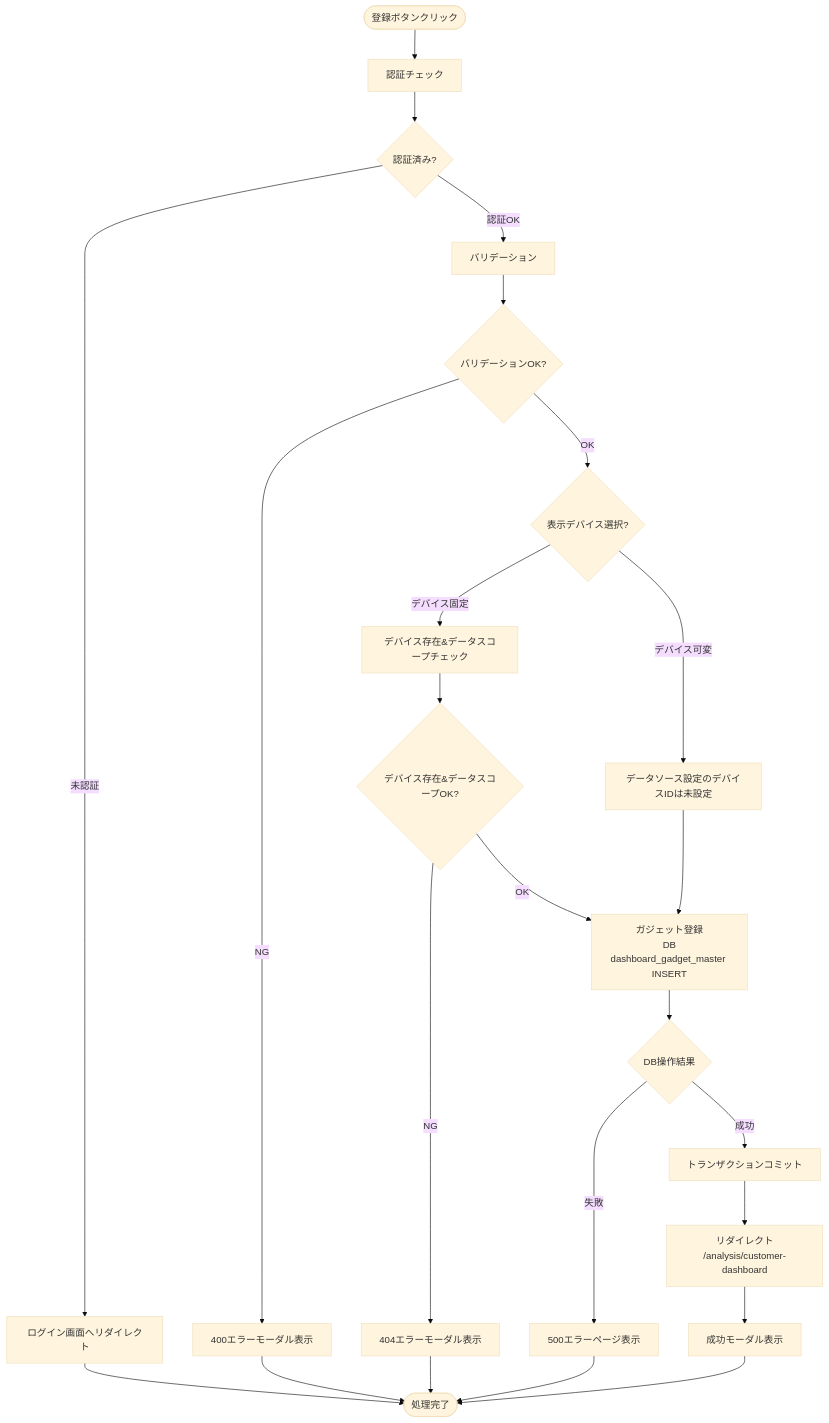
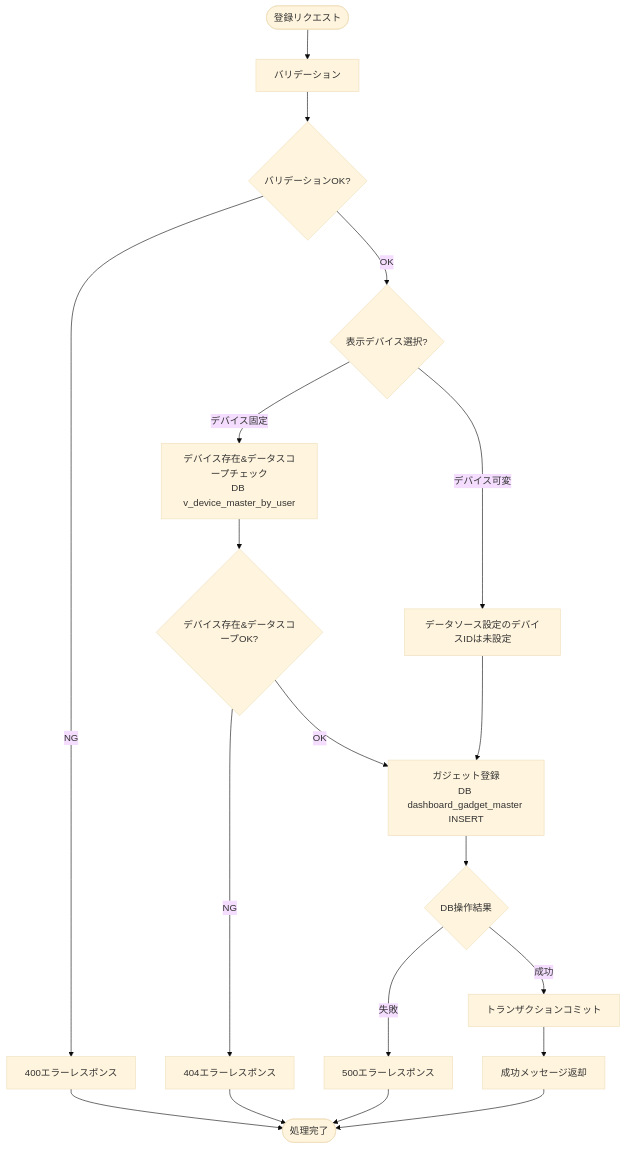
The third of 3 diagrams in docs/03-features/flask-app/customer-dashboard/circle-chart/workflow-specification.md (NSW-SVCP-AIWG002/Databricks-IoT), drawn with Mermaid (base theme) before and after one commit. The commit also changed other lines of this file and 2 other files, not shown here.

````diff
--- a/docs/03-features/flask-app/customer-dashboard/circle-chart/workflow-specification.md
+++ b/docs/03-features/flask-app/customer-dashboard/circle-chart/workflow-specification.md
@@ -692,33 +683,28 @@
 ```mermaid
 flowchart TD
-    Start([登録ボタンクリック]) --> Auth[認証チェック]
-    Auth --> CheckAuth{認証済み?}
-    CheckAuth -->|未認証| LoginRedirect[ログイン画面へリダイレクト]
-    CheckAuth -->|認証OK| Validate[バリデーション]
+    Start([登録リクエスト]) --> Validate[バリデーション]
 
     Validate --> CheckValidate{バリデーションOK?}
-    CheckValidate -->|NG| Error400[400エラーモーダル表示]
+    CheckValidate -->|NG| Error400[400エラーレスポンス]
     CheckValidate -->|OK| ChekcDeviceMode{表示デバイス選択?}
 
-    ChekcDeviceMode -->|デバイス固定| DeviceQuery[デバイス存在&データスコープチェック]
+    ChekcDeviceMode -->|デバイス固定| DeviceQuery[デバイス存在&データスコープチェック<br>DB v_device_master_by_user]
     ChekcDeviceMode -->|デバイス可変| NotSetDeviceId[データソース設定のデバイスIDは未設定]
 
-    NotSetDeviceId --> Insert[ガジェット登録<br> DB dashboard_gadget_master INSERT]
+    NotSetDeviceId --> Insert[ガジェット登録<br>DB dashboard_gadget_master INSERT]
 
     DeviceQuery --> CheckDeviceQuery{デバイス存在&データスコープOK?}
-    CheckDeviceQuery -->|NG| Error404[404エラーモーダル表示]
+    CheckDeviceQuery -->|NG| Error404[404エラーレスポンス]
     CheckDeviceQuery -->|OK| Insert
 
     Insert --> CheckInsert{DB操作結果}
-    CheckInsert -->|失敗| Error500[500エラーページ表示]
+    CheckInsert -->|失敗| Error500[500エラーレスポンス]
     CheckInsert -->|成功| Commit[トランザクションコミット]
 
-    Commit --> Redirect[リダイレクト<br>/analysis/customer-dashboard]
-    Redirect --> 200OK[成功モーダル表示]
+    Commit --> 200OK[成功メッセージ返却]
 
-    LoginRedirect --> End([処理完了])
-    Error400 --> End
+    Error400 --> End([処理完了])
     Error404 --> End
     Error500 --> End
     200OK --> End
 ```
````
